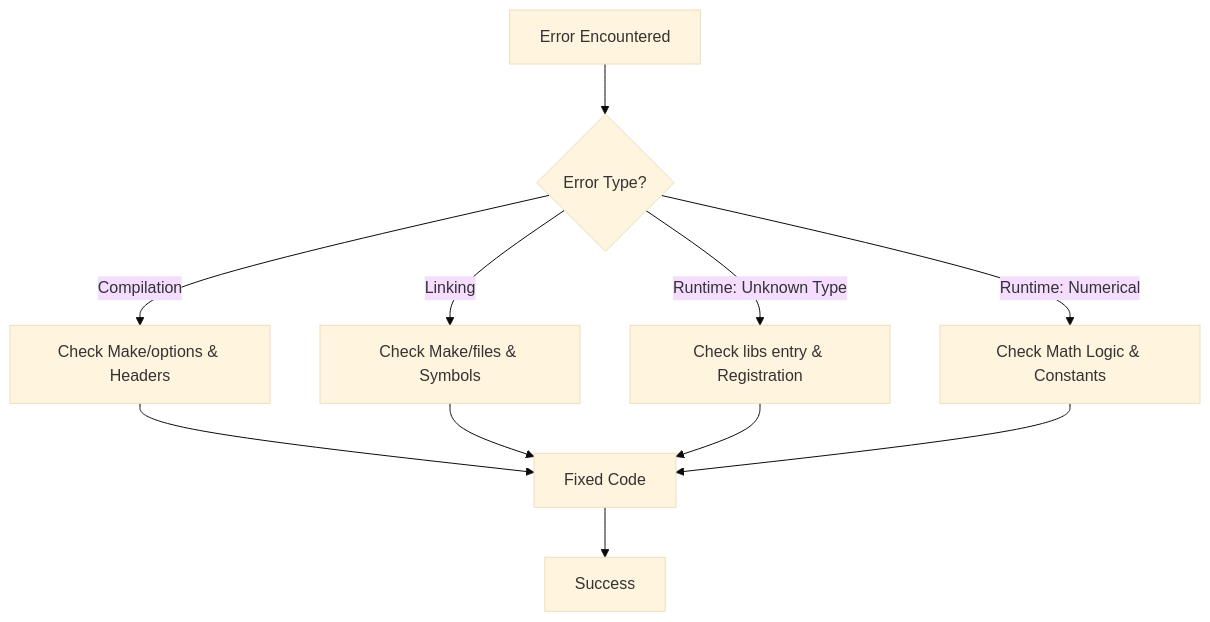
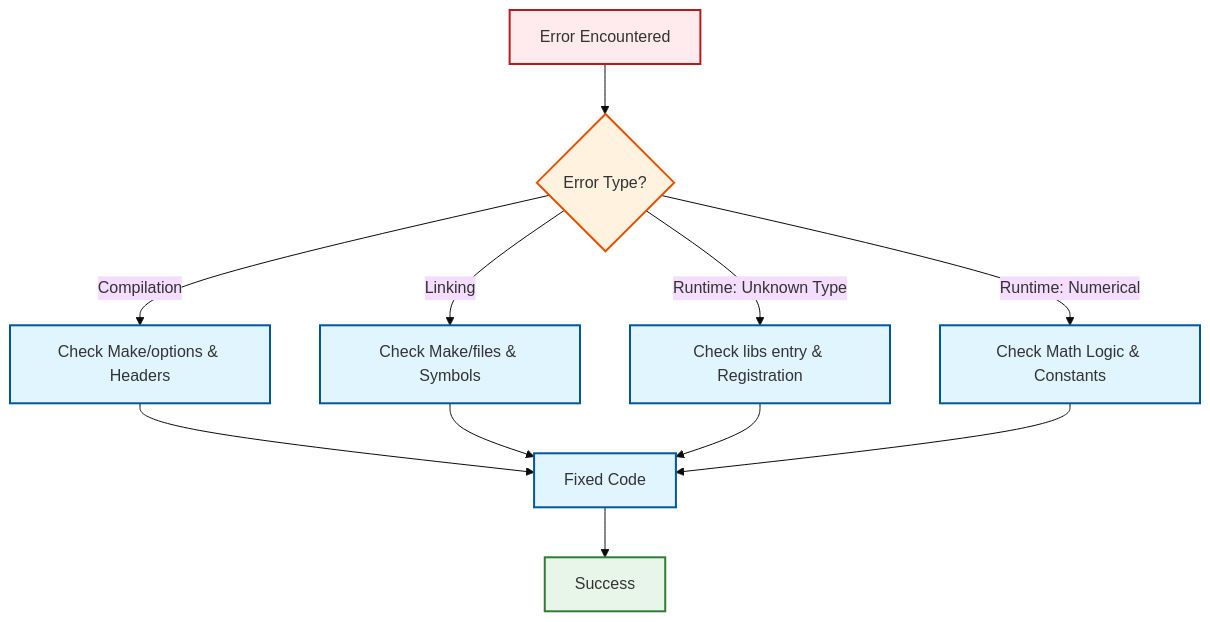
One commit to wramet/build-my-cfd changed the diagram in MODULE_09_ADVANCED_TOPICS/CONTENT/07_PRACTICAL_PROJECT/07_Common_Errors_and_Debugging.md. Above: the diagram before and after it, drawn with Mermaid (base theme). The commit also changed 313 other files, not shown here.

Commit message:
Revise all diagram

````diff
--- a/MODULE_09_ADVANCED_TOPICS/CONTENT/07_PRACTICAL_PROJECT/07_Common_Errors_and_Debugging.md
+++ b/MODULE_09_ADVANCED_TOPICS/CONTENT/07_PRACTICAL_PROJECT/07_Common_Errors_and_Debugging.md
@@ -31,14 +31,27 @@
 ```mermaid
 graph TD
-    A[Error Encountered] --> B{Error Type?}
-    B -->|Compilation| C[Check Make/options & Headers]
-    B -->|Linking| D[Check Make/files & Symbols]
-    B -->|Runtime: Unknown Type| E[Check libs entry & Registration]
-    B -->|Runtime: Numerical| F[Check Math Logic & Constants]
-
-    C --> G[Fixed Code]
+    classDef implicit fill:#e1f5fe,stroke:#01579b,stroke-width:2px
+    classDef explicit fill:#ffebee,stroke:#b71c1c,stroke-width:2px
+    classDef success fill:#e8f5e9,stroke:#2e7d32,stroke-width:2px
+    classDef warning fill:#fff3e0,stroke:#e65100,stroke-width:2px
+    
+    A[Error Encountered]:::explicit
+    B{Error Type?}:::warning
+    C[Check Make/options & Headers]:::implicit
+    D[Check Make/files & Symbols]:::implicit
+    E[Check libs entry & Registration]:::implicit
+    F[Check Math Logic & Constants]:::implicit
+    G[Fixed Code]:::implicit
+    H[Success]:::success
+    
+    A --> B
+    B -->|Compilation| C
+    B -->|Linking| D
+    B -->|Runtime: Unknown Type| E
+    B -->|Runtime: Numerical| F
+    C --> G
     D --> G
     E --> G
     F --> G
-    G --> H[Success]
+    G --> H
 ```
````
